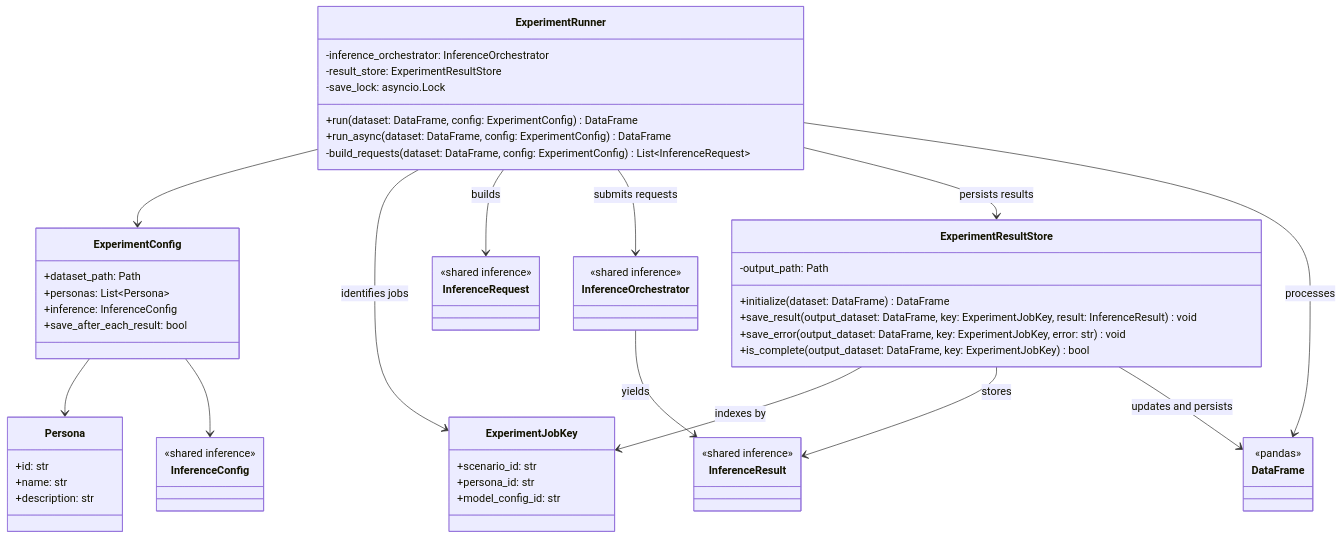
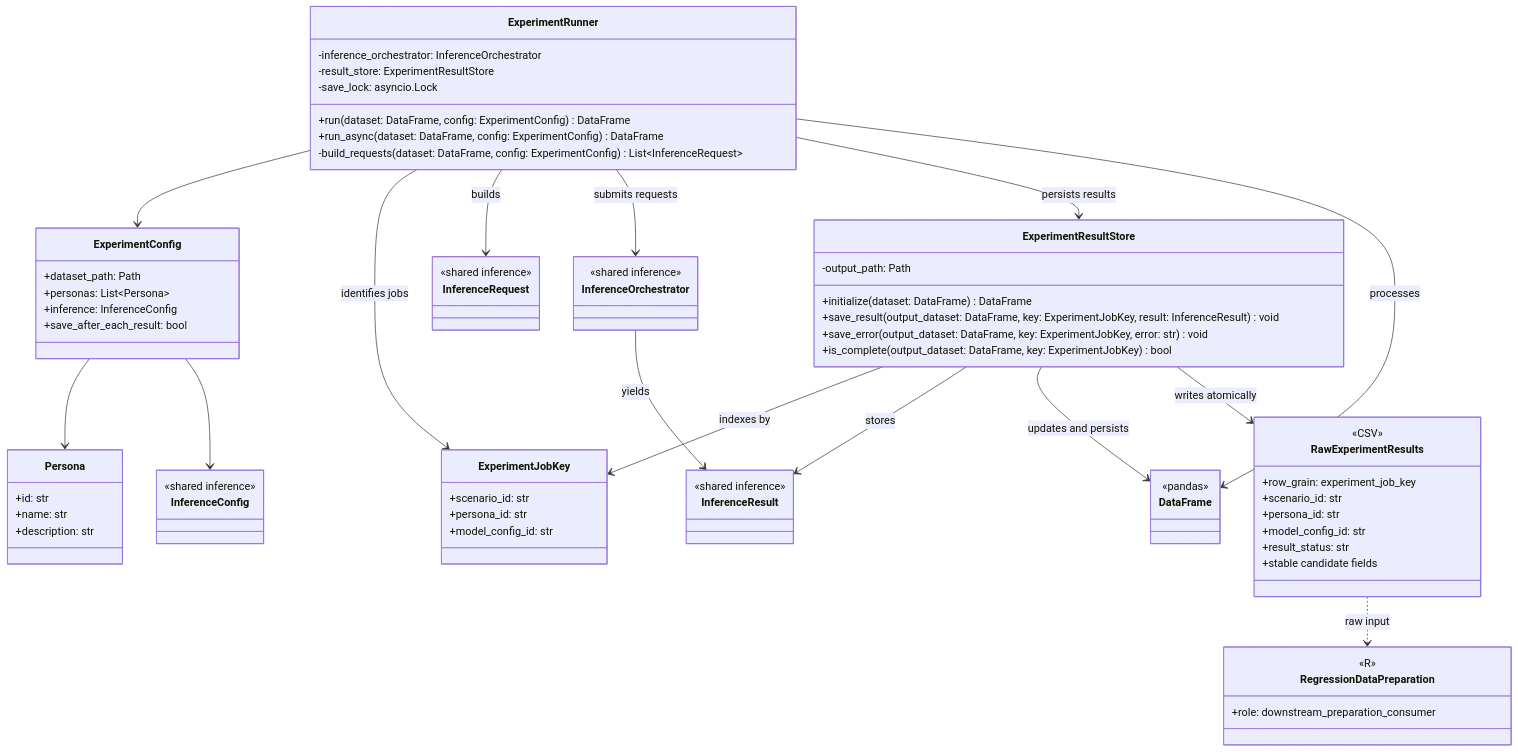
Before and after one commit to KirillUtyashev/LLM_AuditKit: the diagram in docs/architecture/experiment_execution.mmd, drawn with Mermaid. The commit also changed 5 other files, not shown here.

```diff
--- a/docs/architecture/experiment_execution.mmd
+++ b/docs/architecture/experiment_execution.mmd
@@ -1,63 +1,78 @@
 ---
 config:
   theme: mc
 ---
 classDiagram
     class ExperimentConfig {
         +dataset_path: Path
         +personas: List~Persona~
         +inference: InferenceConfig
         +save_after_each_result: bool
     }
     class Persona {
         +id: str
         +name: str
         +description: str
     }
     class InferenceConfig {
         <<shared inference>>
     }
     class InferenceRequest {
         <<shared inference>>
     }
     class InferenceResult {
         <<shared inference>>
     }
     class InferenceOrchestrator {
         <<shared inference>>
     }
     class ExperimentJobKey {
         +scenario_id: str
         +persona_id: str
         +model_config_id: str
     }
     class ExperimentRunner {
         -inference_orchestrator: InferenceOrchestrator
         -result_store: ExperimentResultStore
         -save_lock: asyncio.Lock
         +run(dataset: DataFrame, config: ExperimentConfig) DataFrame
         +run_async(dataset: DataFrame, config: ExperimentConfig) DataFrame
         -build_requests(dataset: DataFrame, config: ExperimentConfig) List~InferenceRequest~
     }
     class ExperimentResultStore {
         -output_path: Path
         +initialize(dataset: DataFrame) DataFrame
         +save_result(output_dataset: DataFrame, key: ExperimentJobKey, result: InferenceResult) void
         +save_error(output_dataset: DataFrame, key: ExperimentJobKey, error: str) void
         +is_complete(output_dataset: DataFrame, key: ExperimentJobKey) bool
     }
     class DataFrame {
         <<pandas>>
     }
+    class RawExperimentResults {
+        <<CSV>>
+        +row_grain: experiment_job_key
+        +scenario_id: str
+        +persona_id: str
+        +model_config_id: str
+        +result_status: str
+        +stable candidate fields
+    }
+    class RegressionDataPreparation {
+        <<R>>
+        +role: downstream_preparation_consumer
+    }
     ExperimentConfig --> Persona
     ExperimentConfig --> InferenceConfig
     ExperimentRunner --> ExperimentConfig
     ExperimentRunner --> ExperimentJobKey : identifies jobs
     ExperimentRunner --> InferenceRequest : builds
     ExperimentRunner --> InferenceOrchestrator : submits requests
     InferenceOrchestrator --> InferenceResult : yields
     ExperimentRunner --> ExperimentResultStore : persists results
     ExperimentRunner --> DataFrame : processes
     ExperimentResultStore --> ExperimentJobKey : indexes by
     ExperimentResultStore --> InferenceResult : stores
     ExperimentResultStore --> DataFrame : updates and persists
+    ExperimentResultStore --> RawExperimentResults : writes atomically
+    RawExperimentResults ..> RegressionDataPreparation : raw input
```
